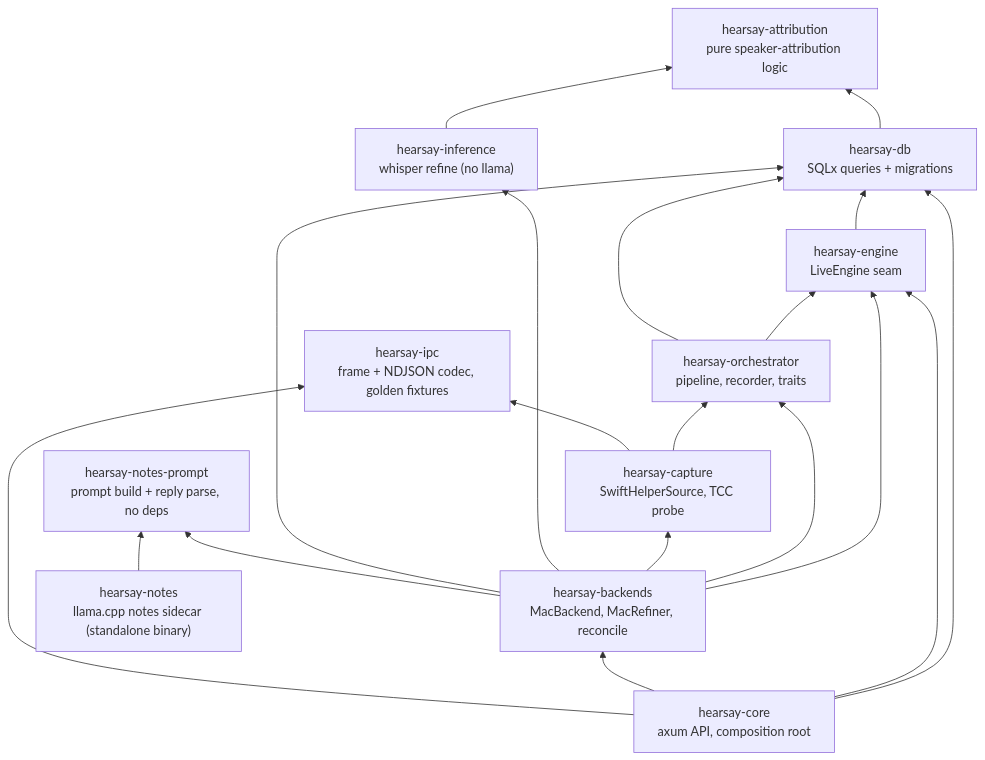
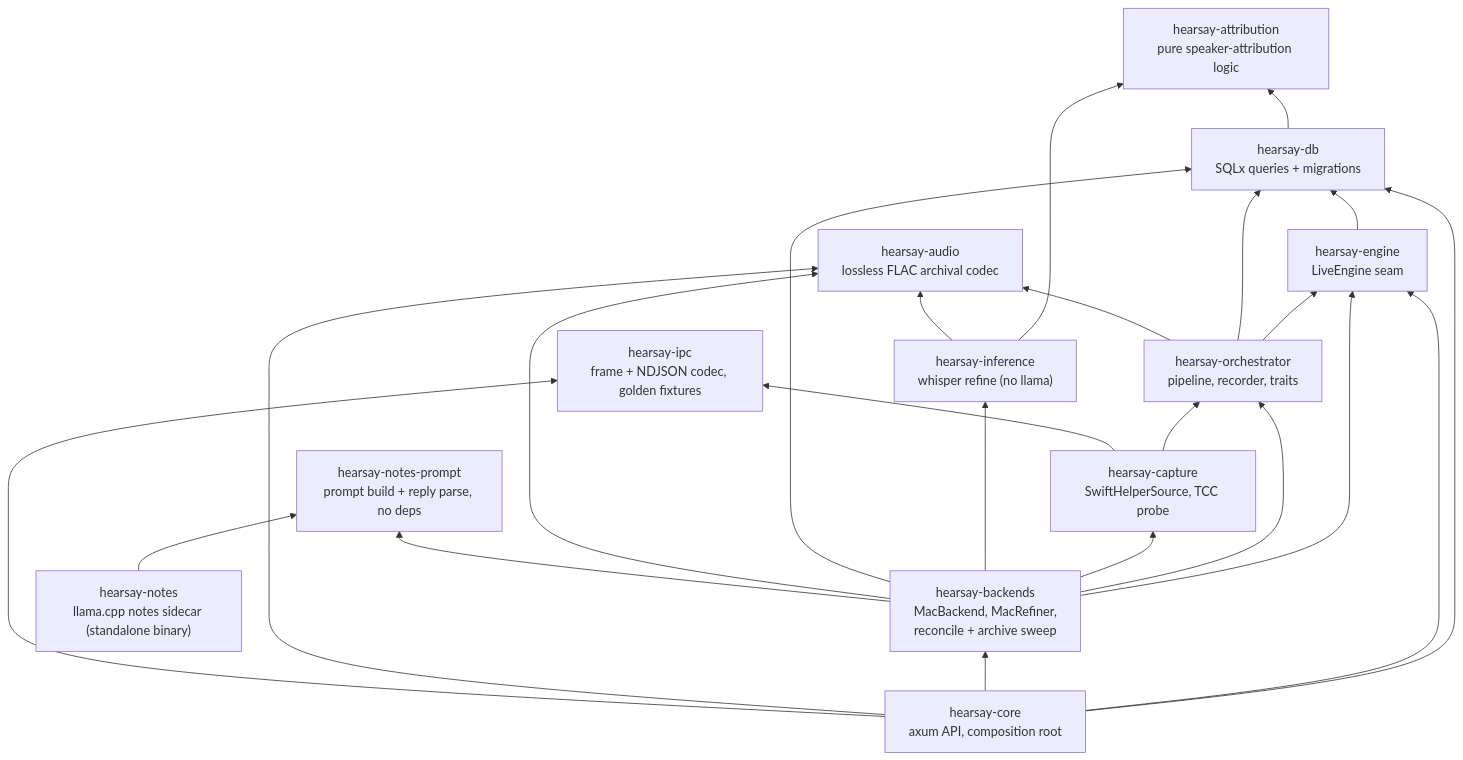
Before and after one commit to rwiseman87/hearsay: the second of 7 diagrams in docs/architecture.md, drawn with Mermaid. The commit also changed other lines of this file and 48 other files, not shown here.

````diff
--- a/docs/architecture.md
+++ b/docs/architecture.md
@@ -90,33 +90,38 @@
 ```mermaid
 flowchart BT
     ipc["hearsay-ipc<br/>frame + NDJSON codec, golden fixtures"]
     attr["hearsay-attribution<br/>pure speaker-attribution logic"]
+    audio["hearsay-audio<br/>lossless FLAC archival codec"]
     db["hearsay-db<br/>SQLx queries + migrations"]
     engine["hearsay-engine<br/>LiveEngine seam"]
     orch["hearsay-orchestrator<br/>pipeline, recorder, traits"]
     cap["hearsay-capture<br/>SwiftHelperSource, TCC probe"]
     inf["hearsay-inference<br/>whisper refine (no llama)"]
     notesprompt["hearsay-notes-prompt<br/>prompt build + reply parse, no deps"]
-    back["hearsay-backends<br/>MacBackend, MacRefiner, reconcile"]
+    back["hearsay-backends<br/>MacBackend, MacRefiner,<br/>reconcile + archive sweep"]
     core["hearsay-core<br/>axum API, composition root"]
     notes["hearsay-notes<br/>llama.cpp notes sidecar (standalone binary)"]
 
     db --> attr
     engine --> db
     orch --> engine
     orch --> db
+    orch --> audio
     cap --> orch
     cap --> ipc
     inf --> attr
+    inf --> audio
     back --> engine
     back --> orch
     back --> cap
     back --> inf
     back --> db
+    back --> audio
     back --> notesprompt
     core --> db
     core --> engine
     core --> back
+    core --> audio
     core --> ipc
     notes --> notesprompt
 ```
````
